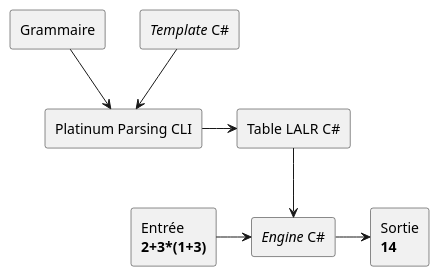
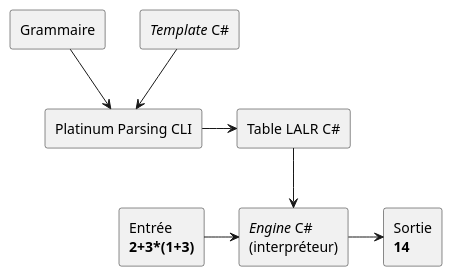
Before and after one commit to chlablak/platinum-parsing: the diagram in res/diagrams/misc/exemple-pipeline.plantuml, drawn with PlantUML. The commit also changed 43 other files, not shown here.

```diff
--- a/res/diagrams/misc/exemple-pipeline.plantuml
+++ b/res/diagrams/misc/exemple-pipeline.plantuml
@@ -1,20 +1,18 @@
 @startuml
-
-skinparam monochrome true
 
 rectangle "Grammaire" as grammar
 rectangle "Entrée\n<b>2+3*(1+3)</b>" as input
 rectangle "<i>Template</i> C#" as template
 rectangle "Table LALR C#" as table
 rectangle "Platinum Parsing CLI" as cli
-rectangle "<i>Engine</i> C#" as engine
+rectangle "<i>Engine</i> C#\n(interpréteur)" as engine
 rectangle "Sortie\n<b>14</b>" as output
 
 grammar --> cli
 template --> cli
 cli -> table
 table --> engine
 input -> engine
 engine -> output
 
 @enduml
```
